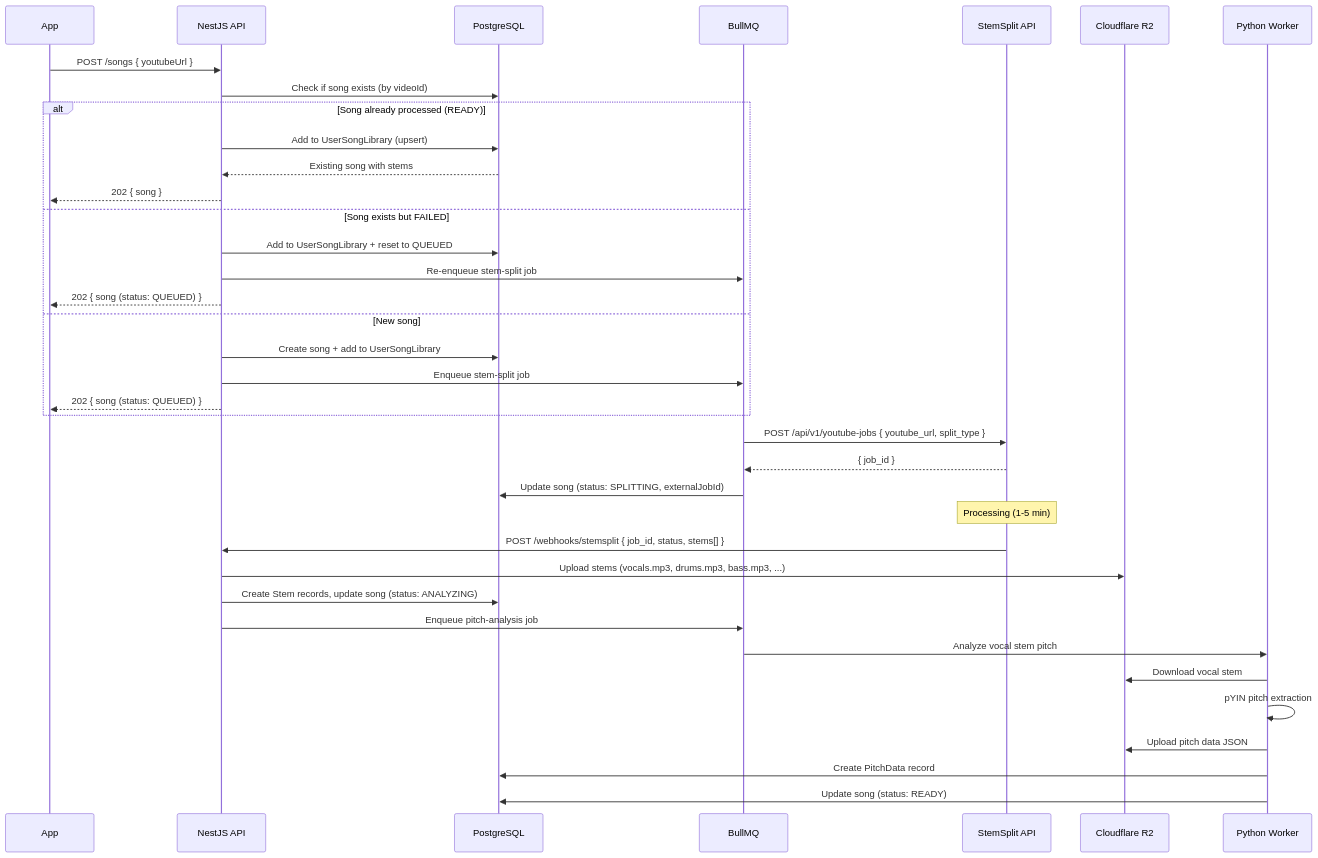
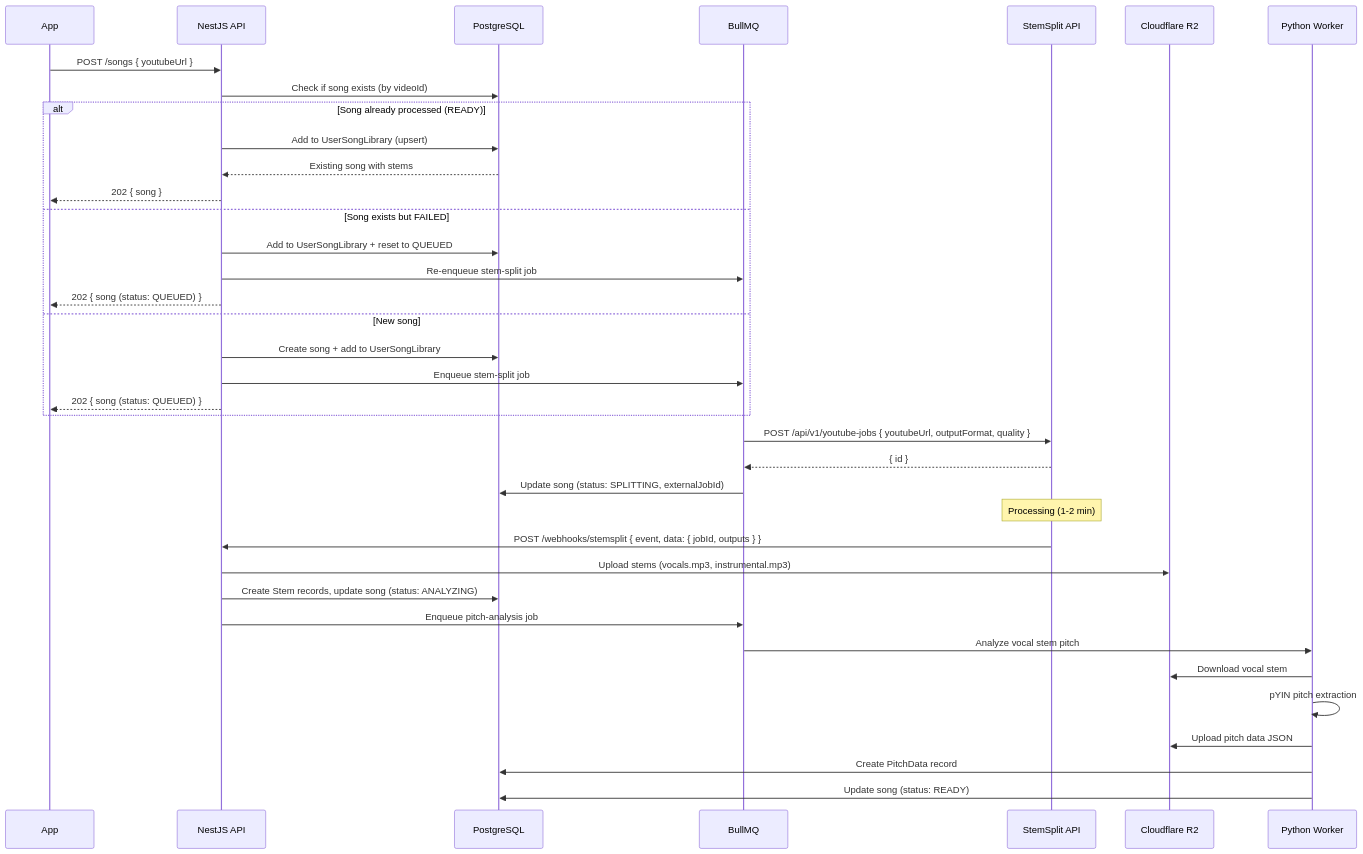
The fourth of 5 diagrams in docs/03-api-design.md (pawelgawliczek/intonavio), drawn with Mermaid before and after one commit. The commit also changed 3 other files, not shown here.

First line of the commit message:
Update remaining docs with actual StemSplit API contract

````diff
--- a/docs/03-api-design.md
+++ b/docs/03-api-design.md
@@ -85,44 +85,44 @@
 ```mermaid
 sequenceDiagram
     participant Client as App
     participant API as NestJS API
     participant DB as PostgreSQL
     participant Queue as BullMQ
     participant SS as StemSplit API
     participant R2 as Cloudflare R2
     participant Worker as Python Worker
 
     Client->>API: POST /songs { youtubeUrl }
     API->>DB: Check if song exists (by videoId)
     alt Song already processed (READY)
         API->>DB: Add to UserSongLibrary (upsert)
         DB-->>API: Existing song with stems
         API-->>Client: 202 { song }
     else Song exists but FAILED
         API->>DB: Add to UserSongLibrary + reset to QUEUED
         API->>Queue: Re-enqueue stem-split job
         API-->>Client: 202 { song (status: QUEUED) }
     else New song
         API->>DB: Create song + add to UserSongLibrary
         API->>Queue: Enqueue stem-split job
         API-->>Client: 202 { song (status: QUEUED) }
     end
 
-    Queue->>SS: POST /api/v1/youtube-jobs { youtube_url, split_type }
-    SS-->>Queue: { job_id }
+    Queue->>SS: POST /api/v1/youtube-jobs { youtubeUrl, outputFormat, quality }
+    SS-->>Queue: { id }
     Queue->>DB: Update song (status: SPLITTING, externalJobId)
 
-    Note over SS: Processing (1-5 min)
+    Note over SS: Processing (1-2 min)
 
-    SS->>API: POST /webhooks/stemsplit { job_id, status, stems[] }
-    API->>R2: Upload stems (vocals.mp3, drums.mp3, bass.mp3, ...)
+    SS->>API: POST /webhooks/stemsplit { event, data: { jobId, outputs } }
+    API->>R2: Upload stems (vocals.mp3, instrumental.mp3)
     API->>DB: Create Stem records, update song (status: ANALYZING)
     API->>Queue: Enqueue pitch-analysis job
 
     Queue->>Worker: Analyze vocal stem pitch
     Worker->>R2: Download vocal stem
     Worker->>Worker: pYIN pitch extraction
     Worker->>R2: Upload pitch data JSON
     Worker->>DB: Create PitchData record
     Worker->>DB: Update song (status: READY)
 ```
````
